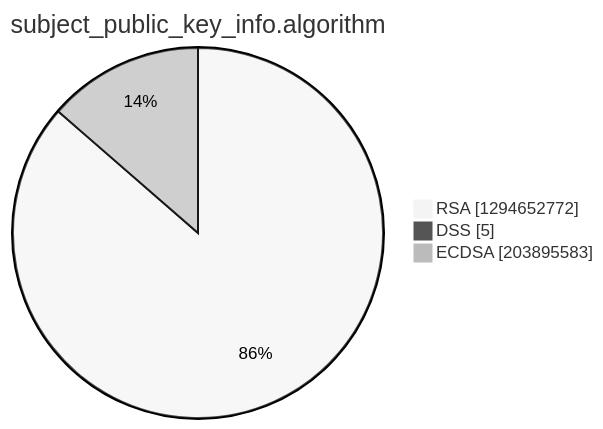
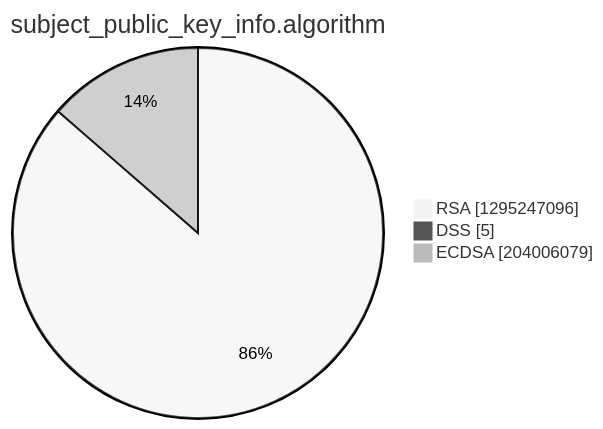
Before and after one commit to christiankrug/ctmonitor_visualization: the third of 15 diagrams in argon2022/README.md, drawn with Mermaid (neutral theme). The commit also changed other lines of this file, not shown here.

````diff
--- a/argon2022/README.md
+++ b/argon2022/README.md
@@ -14,7 +14,7 @@
 ```mermaid
 pie showData
 title subject_public_key_info.algorithm
-"RSA" :1294652772
+"RSA" :1295247096
 "DSS" :5
-"ECDSA" :203895583
+"ECDSA" :204006079
 ```
````
